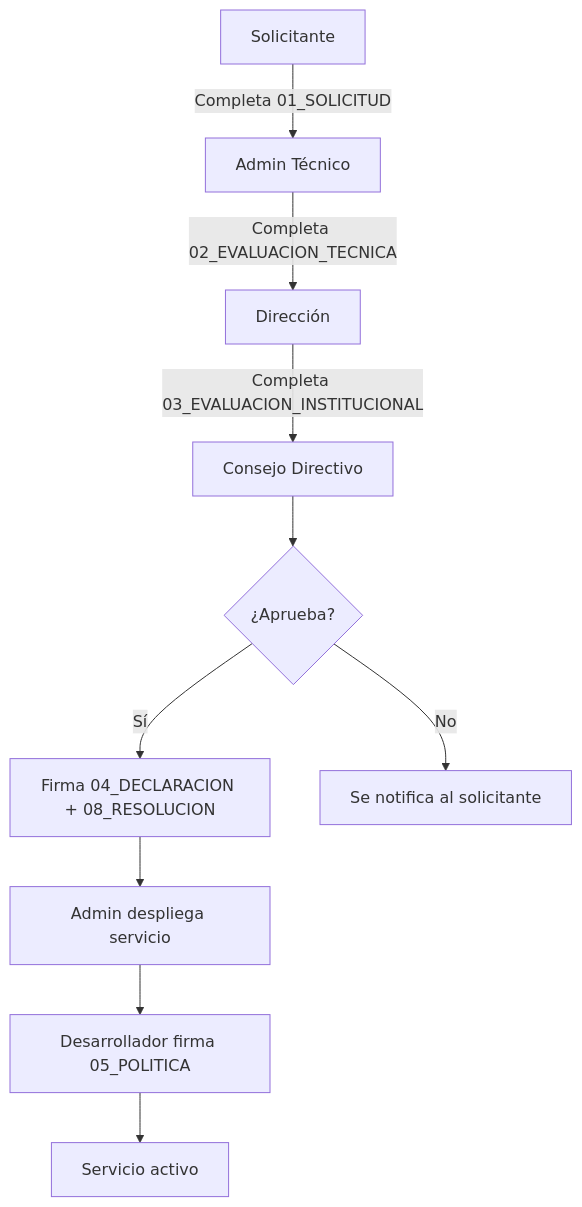
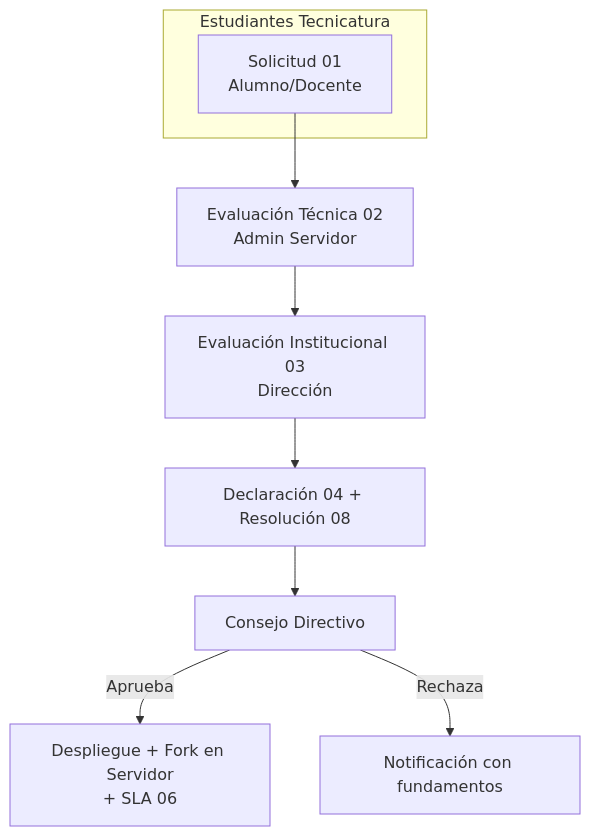
Before and after one commit to IES9018/gobernanza-servicios-digitales: the diagram in README.md, drawn with Mermaid. The commit also changed other lines of this file and 15 other files, not shown here.

````diff
--- a/README.md
+++ b/README.md
@@ -18,12 +12,12 @@
 ```mermaid
-graph TD
-    A[Solicitante] -->|Completa 01_SOLICITUD| B[Admin Técnico]
-    B -->|Completa 02_EVALUACION_TECNICA| C[Dirección]
-    C -->|Completa 03_EVALUACION_INSTITUCIONAL| D[Consejo Directivo]
-    D --> E{¿Aprueba?}
-    E -->|Sí| F[Firma 04_DECLARACION + 08_RESOLUCION]
-    F --> G[Admin despliega servicio]
-    G --> H[Desarrollador firma 05_POLITICA]
-    H --> I[Servicio activo]
-    E -->|No| J[Se notifica al solicitante]
+flowchart TD
+    A["Solicitud 01<br/>Alumno/Docente"] --> B["Evaluación Técnica 02<br/>Admin Servidor"]
+    B --> C["Evaluación Institucional 03<br/>Dirección"]
+    C --> D["Declaración 04 + Resolución 08"]
+    D --> E[Consejo Directivo]
+    E -->|Aprueba| F["Despliegue + Fork en Servidor<br/>+ SLA 06"]
+    E -->|Rechaza| G[Notificación con fundamentos]
+    subgraph Estudiantes Tecnicatura
+    A
+    end
 ```
````
